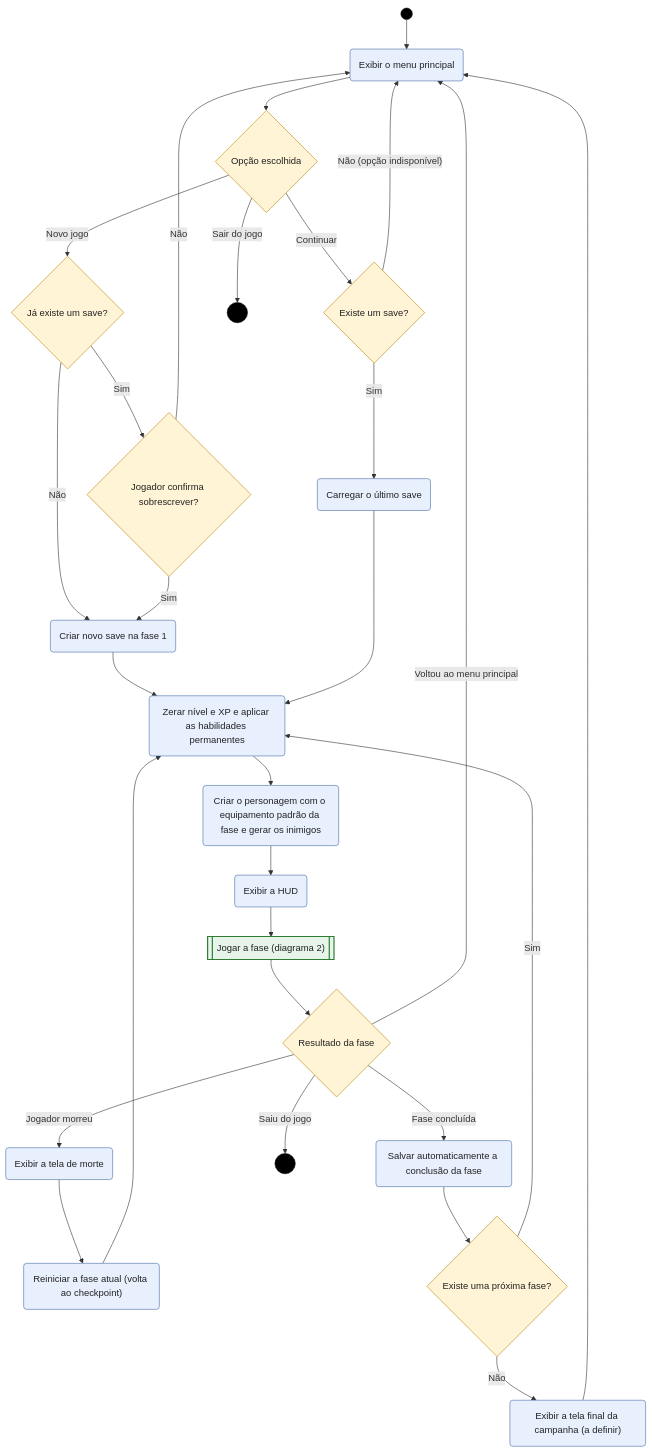
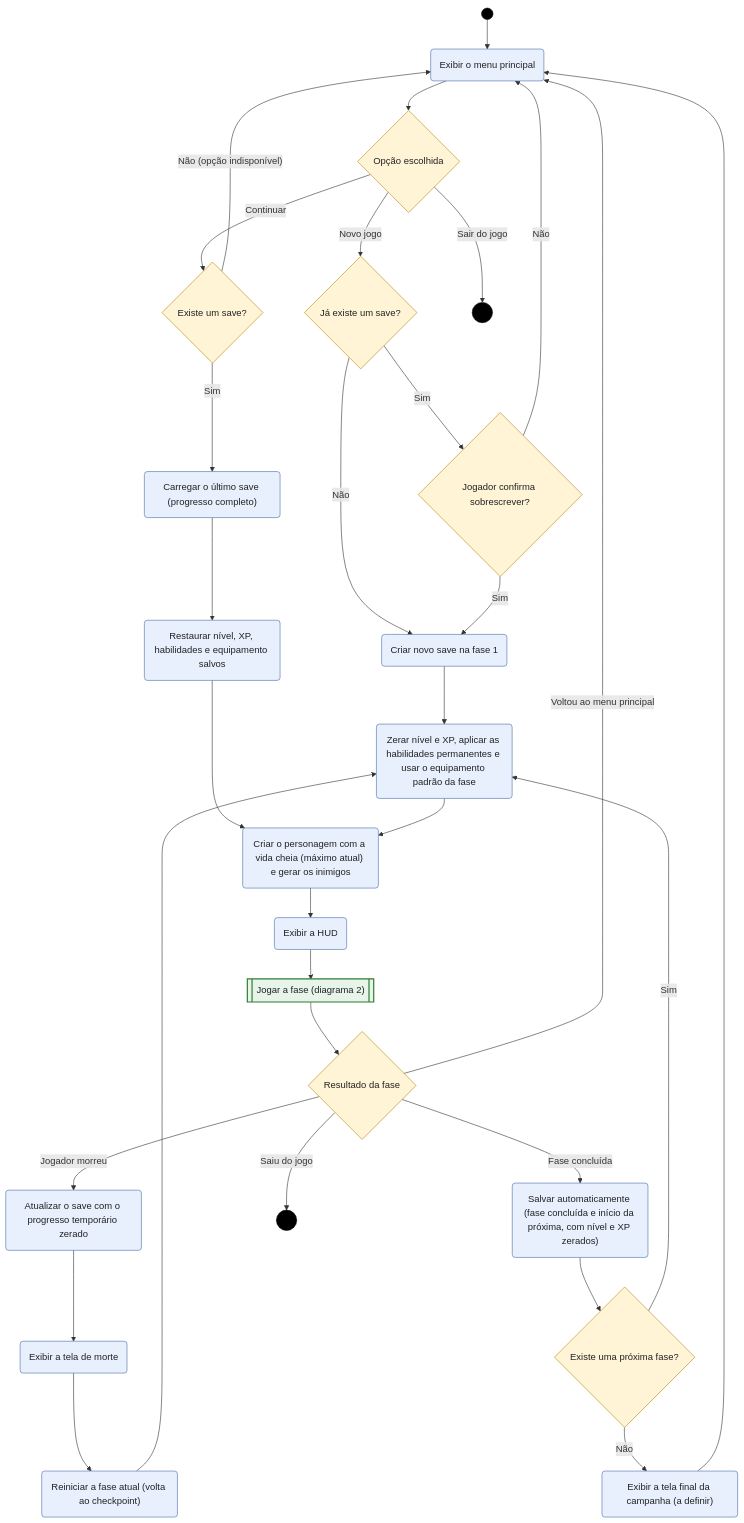
The first of 3 diagrams in docs/diagrams/diagrama-de-atividades.md (Pall4dino/Grimrend), drawn with Mermaid before and after one commit. The commit also changed other lines of this file, not shown here.

First line of the commit message:
Enhance activity diagram with detailed descriptions

````diff
--- a/docs/diagrams/diagrama-de-atividades.md
+++ b/docs/diagrams/diagrama-de-atividades.md
@@ -22,43 +22,45 @@
 ```mermaid
 flowchart TD
     Inicio(("&nbsp;")) --> M0("Exibir o menu principal")
     M0 --> M1{"Opção escolhida"}
     M1 -->|"Novo jogo"| M2{"Já existe um save?"}
     M1 -->|"Continuar"| M5{"Existe um save?"}
     M1 -->|"Sair do jogo"| Fim1((("&nbsp;")))
     M2 -->|"Sim"| M3{"Jogador confirma sobrescrever?"}
     M2 -->|"Não"| M4("Criar novo save na fase 1")
     M3 -->|"Sim"| M4
     M3 -->|"Não"| M0
-    M5 -->|"Sim"| M6("Carregar o último save")
+    M5 -->|"Sim"| M6("Carregar o último save (progresso completo)")
     M5 -->|"Não (opção indisponível)"| M0
     M4 --> F0
-    M6 --> F0
+    M6 --> C1("Restaurar nível, XP, habilidades e equipamento salvos")
+    C1 --> F1
 
-    F0("Zerar nível e XP e aplicar as habilidades permanentes") --> F1("Criar o personagem com o equipamento padrão da fase e gerar os inimigos")
+    F0("Zerar nível e XP, aplicar as habilidades permanentes e usar o equipamento padrão da fase") --> F1("Criar o personagem com a vida cheia (máximo atual) e gerar os inimigos")
     F1 --> F2("Exibir a HUD")
     F2 --> J[["Jogar a fase (diagrama 2)"]]
     J --> R{"Resultado da fase"}
 
-    R -->|"Jogador morreu"| D0("Exibir a tela de morte")
+    R -->|"Jogador morreu"| D00("Atualizar o save com o progresso temporário zerado")
+    D00 --> D0("Exibir a tela de morte")
     D0 --> D1("Reiniciar a fase atual (volta ao checkpoint)")
     D1 --> F0
 
-    R -->|"Fase concluída"| E0("Salvar automaticamente a conclusão da fase")
+    R -->|"Fase concluída"| E0("Salvar automaticamente (fase concluída e início da próxima, com nível e XP zerados)")
     E0 --> E1{"Existe uma próxima fase?"}
     E1 -->|"Sim"| F0
     E1 -->|"Não"| E2("Exibir a tela final da campanha (a definir)")
     E2 --> M0
 
     R -->|"Voltou ao menu principal"| M0
     R -->|"Saiu do jogo"| Fim2((("&nbsp;")))
 
     classDef decisao fill:#fff4d6,stroke:#b8860b,color:#222
     classDef acao fill:#e8f0fe,stroke:#4a6fa5,color:#222
     classDef sub fill:#e6f4ea,stroke:#2e7d32,stroke-width:2px,color:#222
     classDef no fill:#000,stroke:#000,color:#000
     class M1,M2,M3,M5,R,E1 decisao
-    class M0,M4,M6,F0,F1,F2,D0,D1,E0,E2 acao
+    class M0,M4,M6,C1,F0,F1,F2,D00,D0,D1,E0,E2 acao
     class J sub
     class Inicio,Fim1,Fim2 no
 ```
````
